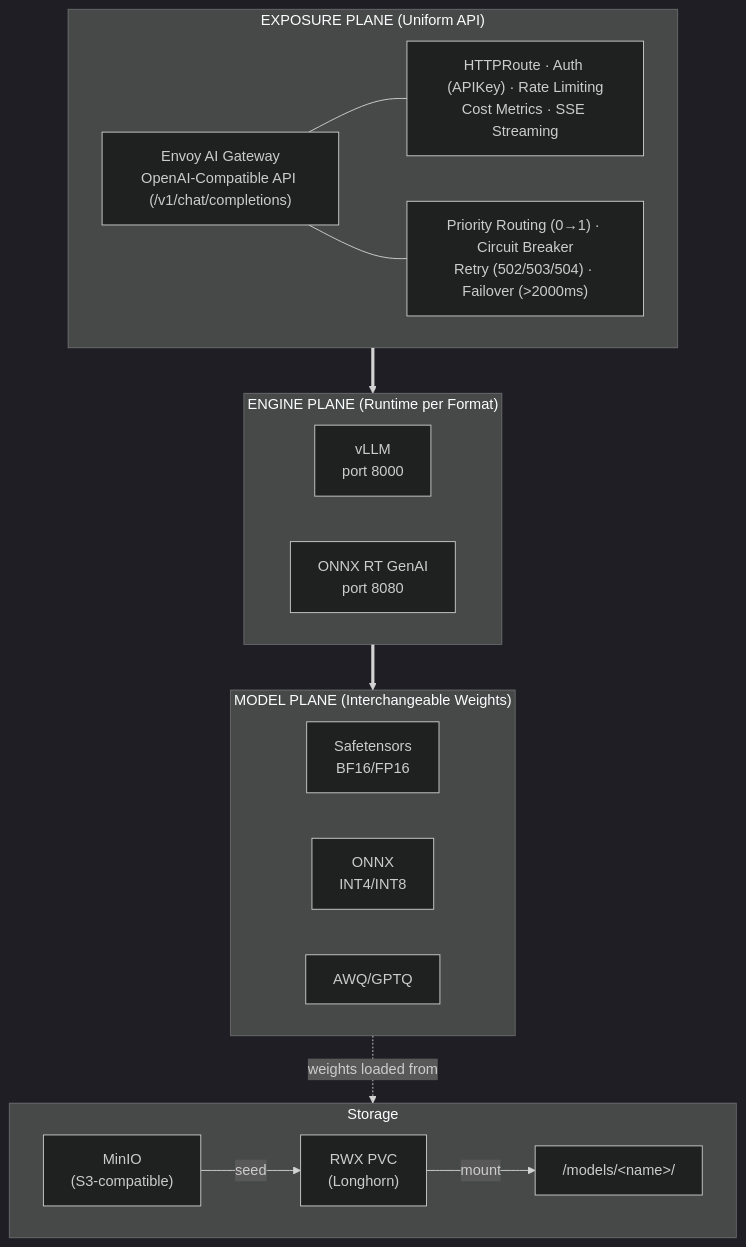
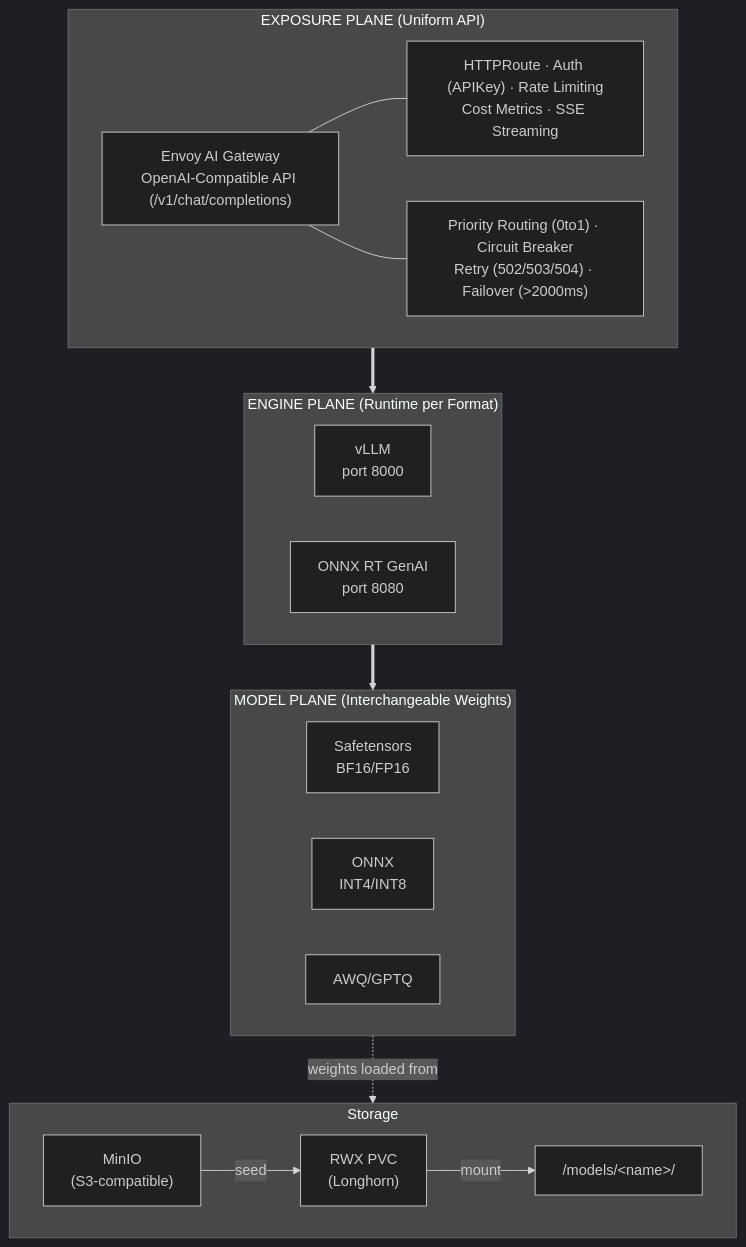
One commit to ADORSYS-GIS/Custom-Ai-Ops changed the first of 9 diagrams in README.md. Above: the diagram before and after it, drawn with Mermaid (dark theme). The commit also changed other lines of this file and 25 other files, not shown here.

````diff
--- a/README.md
+++ b/README.md
@@ -118,33 +118,33 @@
 ```mermaid
 graph TB
     subgraph Exposure["EXPOSURE PLANE (Uniform API)"]
         GW["Envoy AI Gateway<br/>OpenAI-Compatible API (/v1/chat/completions)"]
         GW_FEAT["HTTPRoute · Auth (APIKey) · Rate Limiting<br/>Cost Metrics · SSE Streaming"]
-        GW_RESIL["Priority Routing (0→1) · Circuit Breaker<br/>Retry (502/503/504) · Failover (>2000ms)"]
+        GW_RESIL["Priority Routing (0to1) · Circuit Breaker<br/>Retry (502/503/504) · Failover (>2000ms)"]
         GW --- GW_FEAT
         GW --- GW_RESIL
     end
 
     subgraph Engine["ENGINE PLANE (Runtime per Format)"]
         VLLM["vLLM<br/>port 8000"]
         ONNX["ONNX RT GenAI<br/>port 8080"]
     end
 
     subgraph Model["MODEL PLANE (Interchangeable Weights)"]
         SAFE["Safetensors<br/>BF16/FP16"]
         ONNXW["ONNX<br/>INT4/INT8"]
         AWQ["AWQ/GPTQ"]
     end
 
     subgraph Storage["Storage"]
         MINIO["MinIO<br/>(S3-compatible)"]
         PVC["RWX PVC<br/>(Longhorn)"]
         MOUNT["/models/&lt;name&gt;/"]
         MINIO -->|seed| PVC
         PVC -->|mount| MOUNT
     end
 
     Exposure ==> Engine
     Engine ==> Model
     Model -.->|weights loaded from| Storage
 ```
````
